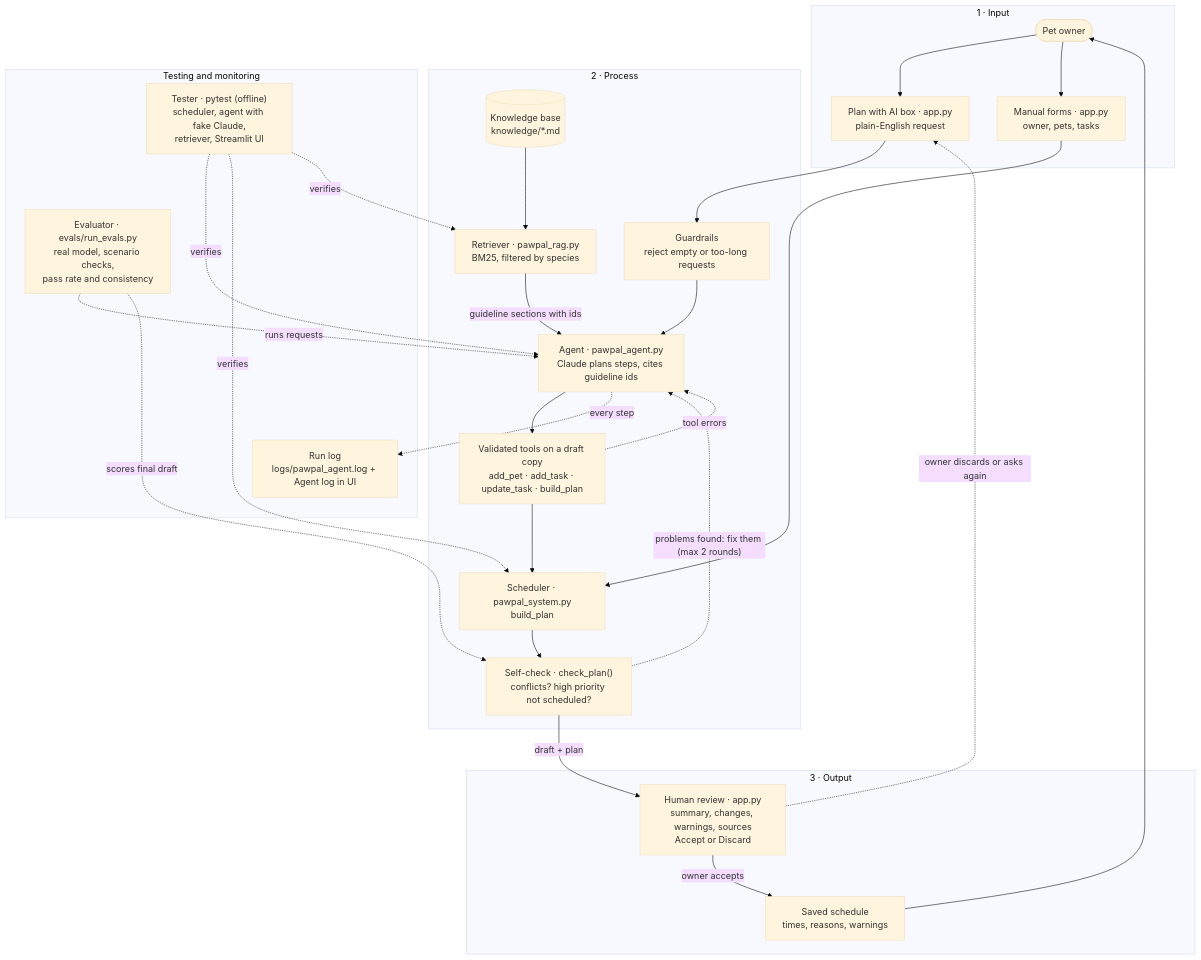
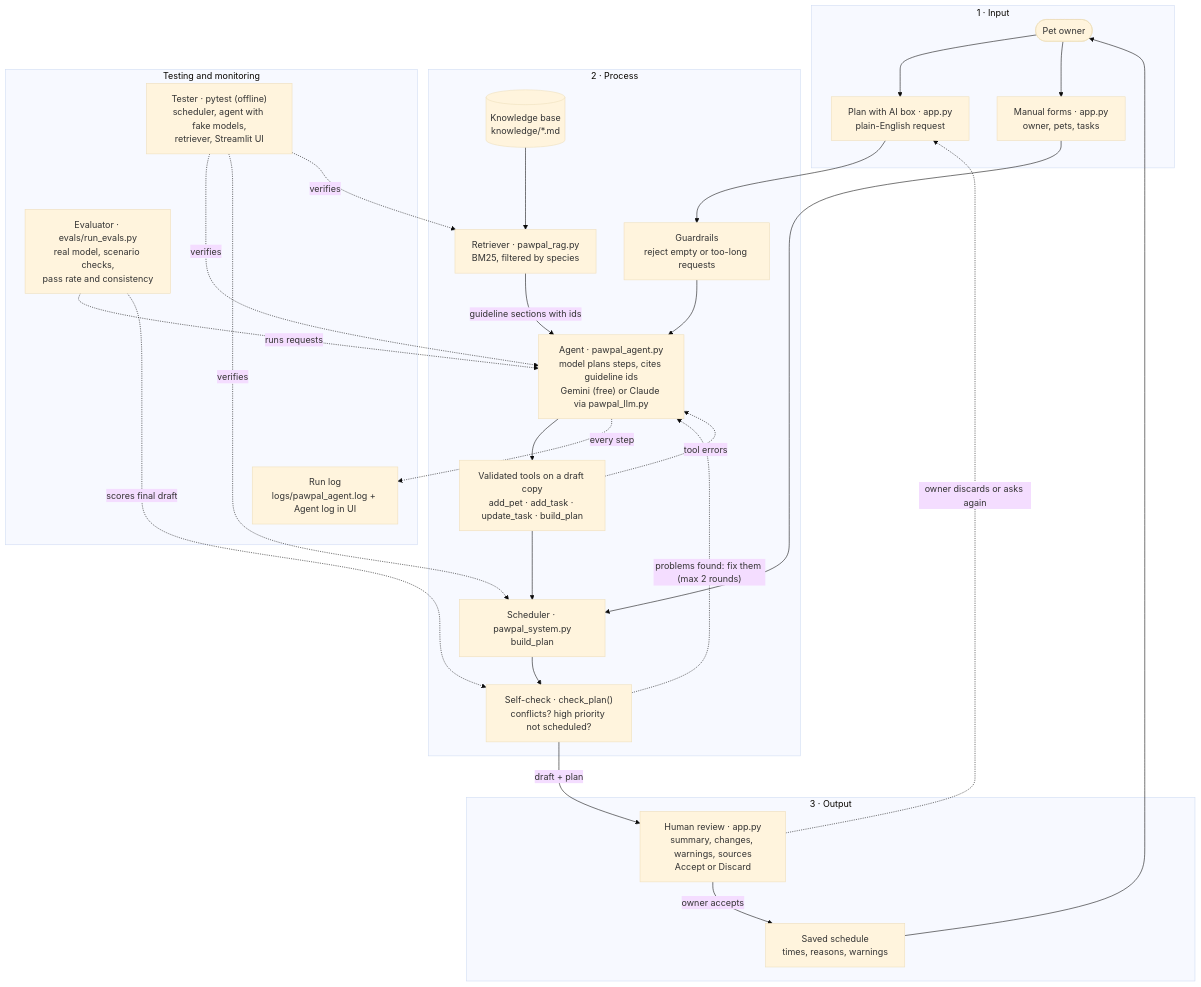
Before and after one commit to wjjkim0217-dotcom/ai110-applied-ai-system-project-PAWPAL: the diagram in diagrams/architecture.mmd, drawn with Mermaid (base theme). The commit also changed 15 other files, not shown here.

First line of the commit message:
feat: run the assistant on free Gemini and document real results

```diff
--- a/diagrams/architecture.mmd
+++ b/diagrams/architecture.mmd
@@ -1,57 +1,57 @@
 %% PawPal+ system architecture
 %% Data flows top to bottom: INPUT (owner request) -> PROCESS (retriever, agent,
 %% scheduler, self-check) -> OUTPUT (draft the owner reviews, saved schedule).
 %% Dotted lines show where humans and tests check the AI's results.
 %% The agent always works on a copy of the owner's data; only "Accept" saves it.
 %% The class-level design of the scheduling core is in diagrams/uml.mmd.
 
 flowchart TB
     subgraph IN["1 · Input"]
         owner(["Pet owner"])
         ask["Plan with AI box · app.py<br/>plain-English request"]
         forms["Manual forms · app.py<br/>owner, pets, tasks"]
     end
 
     subgraph PROC["2 · Process"]
         guard["Guardrails<br/>reject empty or too-long requests"]
         kb[("Knowledge base<br/>knowledge/*.md")]
         retriever["Retriever · pawpal_rag.py<br/>BM25, filtered by species"]
-        agent["Agent · pawpal_agent.py<br/>Claude plans steps, cites guideline ids"]
+        agent["Agent · pawpal_agent.py<br/>model plans steps, cites guideline ids<br/>Gemini (free) or Claude via pawpal_llm.py"]
         tools["Validated tools on a draft copy<br/>add_pet · add_task · update_task · build_plan"]
         scheduler["Scheduler · pawpal_system.py<br/>build_plan"]
         check["Self-check · check_plan()<br/>conflicts? high priority not scheduled?"]
     end
 
     subgraph OUT["3 · Output"]
         review["Human review · app.py<br/>summary, changes, warnings, sources<br/>Accept or Discard"]
         view["Saved schedule<br/>times, reasons, warnings"]
     end
 
     subgraph QA["Testing and monitoring"]
-        tester["Tester · pytest (offline)<br/>scheduler, agent with fake Claude,<br/>retriever, Streamlit UI"]
+        tester["Tester · pytest (offline)<br/>scheduler, agent with fake models,<br/>retriever, Streamlit UI"]
         evaluator["Evaluator · evals/run_evals.py<br/>real model, scenario checks,<br/>pass rate and consistency"]
         logs["Run log<br/>logs/pawpal_agent.log + Agent log in UI"]
     end
 
     %% Main AI flow
     owner --> ask --> guard --> agent
     kb --> retriever
     retriever -- "guideline sections with ids" --> agent
     agent --> tools --> scheduler --> check
     tools -. "tool errors" .-> agent
     check -. "problems found: fix them (max 2 rounds)" .-> agent
     check -- "draft + plan" --> review
     review -- "owner accepts" --> view
     review -. "owner discards or asks again" .-> ask
     view --> owner
 
     %% Manual path (no AI)
     owner --> forms --> scheduler
 
     %% Where results are checked
     tester -. "verifies" .-> agent
     tester -. "verifies" .-> scheduler
     tester -. "verifies" .-> retriever
     evaluator -. "runs requests" .-> agent
     evaluator -. "scores final draft" .-> check
     agent -. "every step" .-> logs
```
